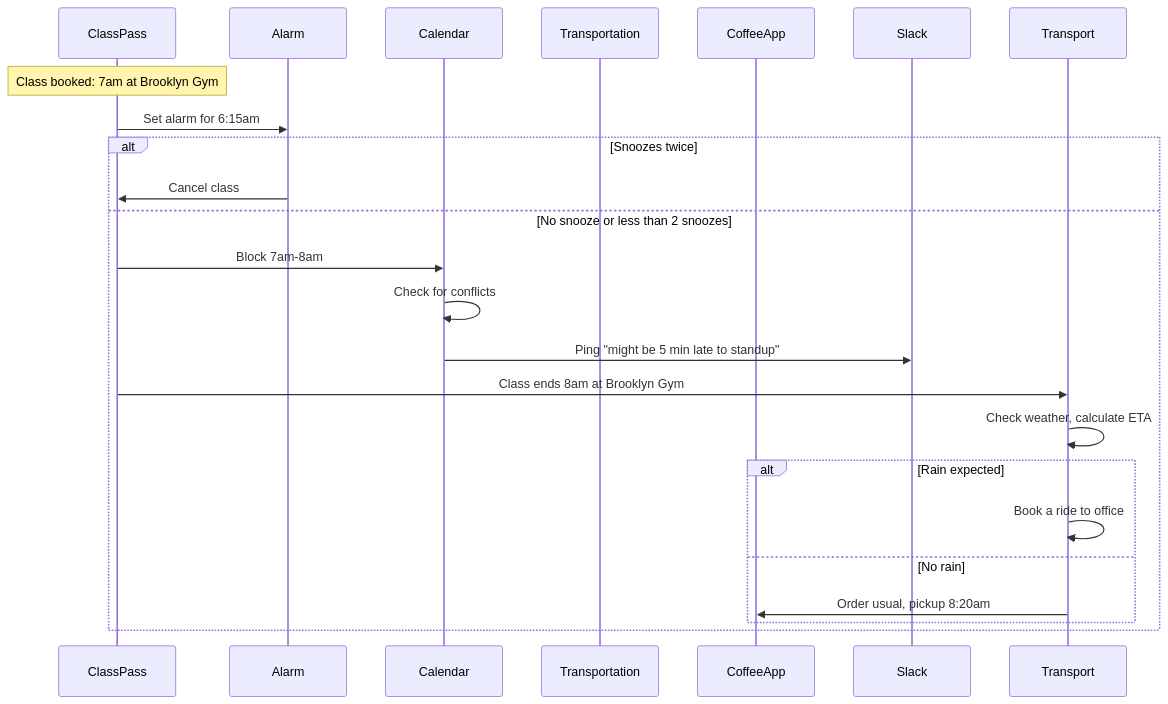
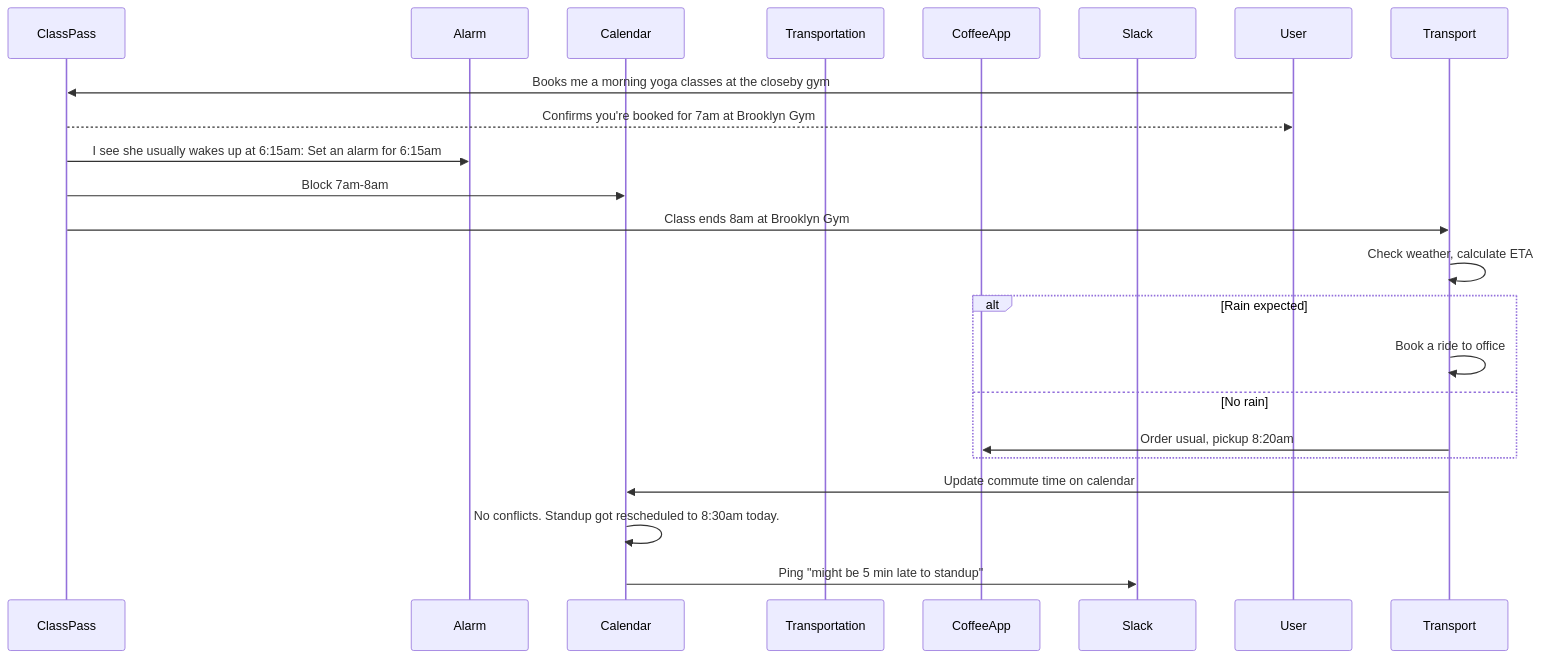
One commit to asafam/programmable-online-llm-objects changed the second of 5 diagrams in examples/personal-assistant.md. Above: the diagram before and after it, drawn with Mermaid. The commit also changed other lines of this file, not shown here.

````diff
--- a/examples/personal-assistant.md
+++ b/examples/personal-assistant.md
@@ -32,26 +33,24 @@
 ```mermaid
 sequenceDiagram
     participant ClassPass
     participant Alarm
     participant Calendar
     participant Transportation
     participant CoffeeApp
     participant Slack
 
-    Note over ClassPass: Class booked: 7am at Brooklyn Gym
-    ClassPass->>Alarm: Set alarm for 6:15am
-    alt Snoozes twice
-        Alarm->>ClassPass: Cancel class
-    else No snooze or less than 2 snoozes
-        ClassPass->>Calendar: Block 7am-8am
-        Calendar->>Calendar: Check for conflicts
-        Calendar->>Slack: Ping "might be 5 min late to standup"
-        ClassPass->>Transport: Class ends 8am at Brooklyn Gym
-        Transport->>Transport: Check weather, calculate ETA
-        alt Rain expected
-            Transport->>Transport: Book a ride to office
-        else No rain
-            Transport->>CoffeeApp: Order usual, pickup 8:20am
-        end
+    User->>ClassPass: Books me a morning yoga classes at the closeby gym
+    ClassPass-->>User: Confirms you're booked for 7am at Brooklyn Gym
+    ClassPass->>Alarm: I see she usually wakes up at 6:15am: Set an alarm for 6:15am
+    ClassPass->>Calendar: Block 7am-8am
+    ClassPass->>Transport: Class ends 8am at Brooklyn Gym
+    Transport->>Transport: Check weather, calculate ETA
+    alt Rain expected
+        Transport->>Transport: Book a ride to office
+    else No rain
+        Transport->>CoffeeApp: Order usual, pickup 8:20am
     end
+    Transport->>Calendar: Update commute time on calendar
+    Calendar->>Calendar: No conflicts. Standup got rescheduled to 8:30am today.
+    Calendar->>Slack: Ping "might be 5 min late to standup"
 ```
````
